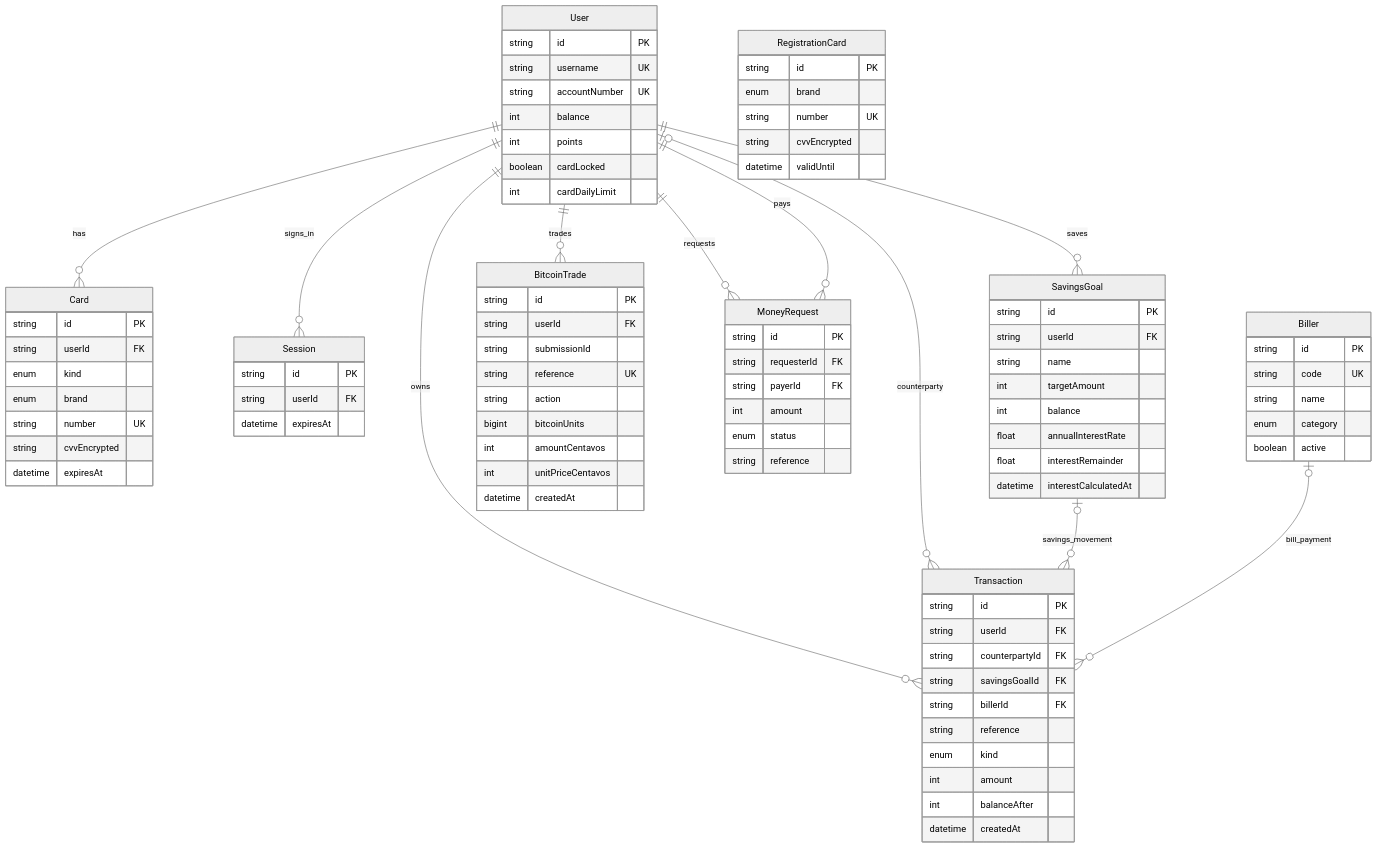
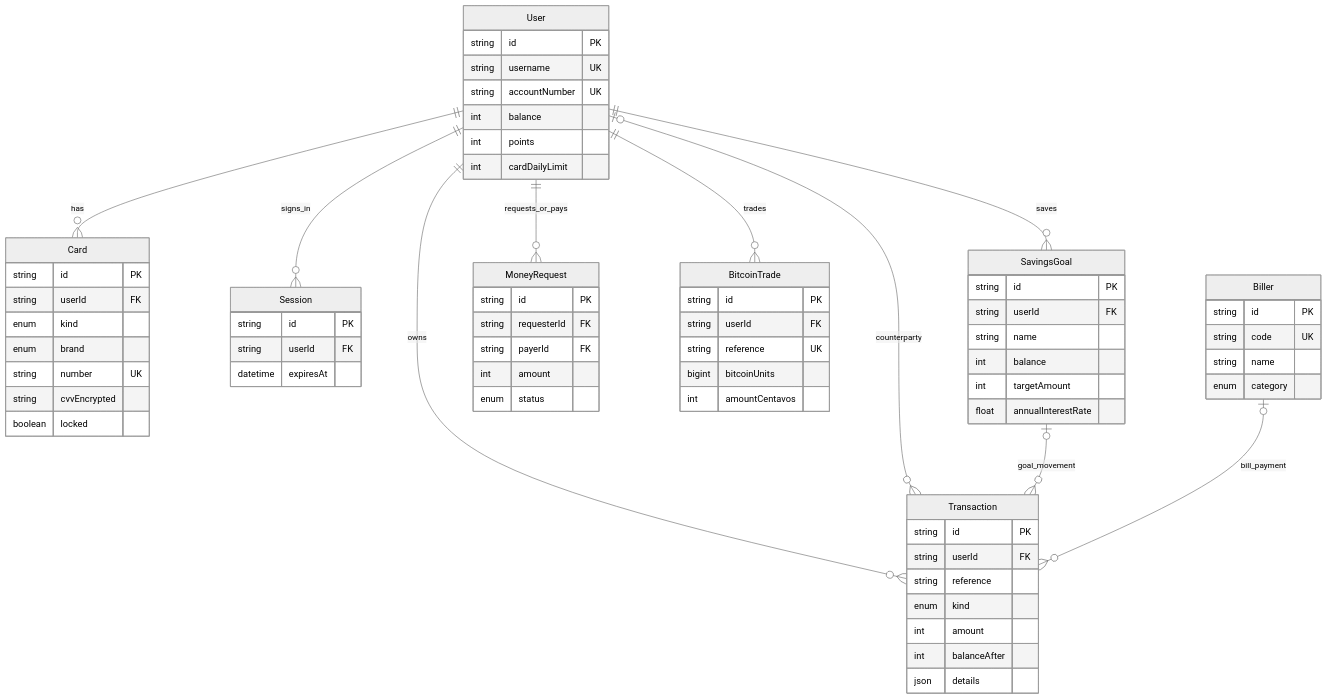
Before and after one commit to neilacapuccino/gobank-express: the fourth of 4 diagrams in README.md, drawn with Mermaid (neutral theme). The commit also changed other lines of this file, not shown here.

First line of the commit message:
docs: shorten the README and add architecture diagrams

````diff
--- a/README.md
+++ b/README.md
@@ -113,12 +138,11 @@
     User ||--o{ Card : has
     User ||--o{ Session : signs_in
     User ||--o{ SavingsGoal : saves
-    User ||--o{ BitcoinTrade : trades
     User ||--o{ Transaction : owns
     User |o--o{ Transaction : counterparty
-    User ||--o{ MoneyRequest : requests
-    User ||--o{ MoneyRequest : pays
-    SavingsGoal |o--o{ Transaction : savings_movement
+    User ||--o{ MoneyRequest : requests_or_pays
+    User ||--o{ BitcoinTrade : trades
+    SavingsGoal |o--o{ Transaction : goal_movement
     Biller |o--o{ Transaction : bill_payment
 
     User {
@@ -127,7 +151,6 @@
         string accountNumber UK
         int balance
         int points
-        boolean cardLocked
         int cardDailyLimit
     }
     Card {
@@ -137,45 +160,24 @@
         enum brand
         string number UK
         string cvvEncrypted
-        datetime expiresAt
+        boolean locked
     }
-    Session {
+    Transaction {
         string id PK
         string userId FK
-        datetime expiresAt
+        string reference
+        enum kind
+        int amount
+        int balanceAfter
+        json details
     }
     SavingsGoal {
         string id PK
         string userId FK
         string name
+        int balance
         int targetAmount
-        int balance
         float annualInterestRate
-        float interestRemainder
-        datetime interestCalculatedAt
-    }
-    BitcoinTrade {
-        string id PK
-        string userId FK
-        string submissionId
-        string reference UK
-        string action
-        bigint bitcoinUnits
-        int amountCentavos
-        int unitPriceCentavos
-        datetime createdAt
-    }
-    Transaction {
-        string id PK
-        string userId FK
-        string counterpartyId FK
-        string savingsGoalId FK
-        string billerId FK
-        string reference
-        enum kind
-        int amount
-        int balanceAfter
-        datetime createdAt
     }
     MoneyRequest {
         string id PK
@@ -183,20 +185,23 @@
         string payerId FK
         int amount
         enum status
-        string reference
+    }
+    Session {
+        string id PK
+        string userId FK
+        datetime expiresAt
     }
     Biller {
         string id PK
         string code UK
         string name
         enum category
-        boolean active
     }
-    RegistrationCard {
+    BitcoinTrade {
         string id PK
-        enum brand
-        string number UK
-        string cvvEncrypted
-        datetime validUntil
+        string userId FK
+        string reference UK
+        bigint bitcoinUnits
+        int amountCentavos
     }
 ```
````
